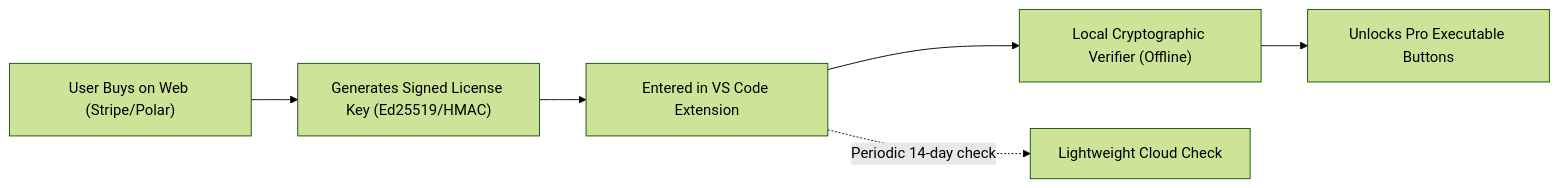
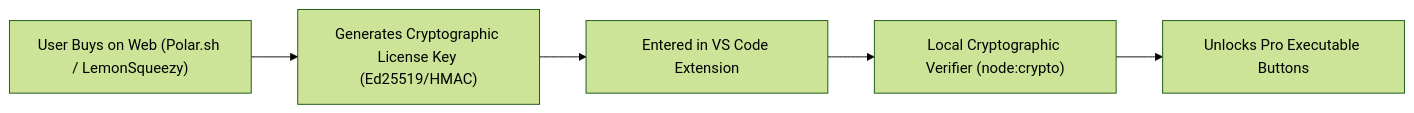
One commit to DrOpenSource/GitWizard changed the second of 2 diagrams in docs/PRO_SPECIFICATION.md. Above: the diagram before and after it, drawn with Mermaid (forest theme). The commit also changed other lines of this file and 1 other file, not shown here.

Commit message:
docs: update Pro specification and roadmap to One-Time Lifetime License with comprehensive test suite to-dos

````diff
--- a/docs/PRO_SPECIFICATION.md
+++ b/docs/PRO_SPECIFICATION.md
@@ -188,8 +200,7 @@
 ```mermaid
 graph LR
-    User["User Buys on Web (Stripe/Polar)"] --> LicenseKey["Generates Signed License Key (Ed25519/HMAC)"]
+    User["User Buys on Web (Polar.sh / LemonSqueezy)"] --> LicenseKey["Generates Cryptographic License Key (Ed25519/HMAC)"]
     LicenseKey --> Extension["Entered in VS Code Extension"]
-    Extension --> LocalVerifier["Local Cryptographic Verifier (Offline)"]
+    Extension --> LocalVerifier["Local Cryptographic Verifier (node:crypto)"]
     LocalVerifier --> Features["Unlocks Pro Executable Buttons"]
-    Extension -.->|Periodic 14-day check| AuthServer["Lightweight Cloud Check"]
 ```
````
